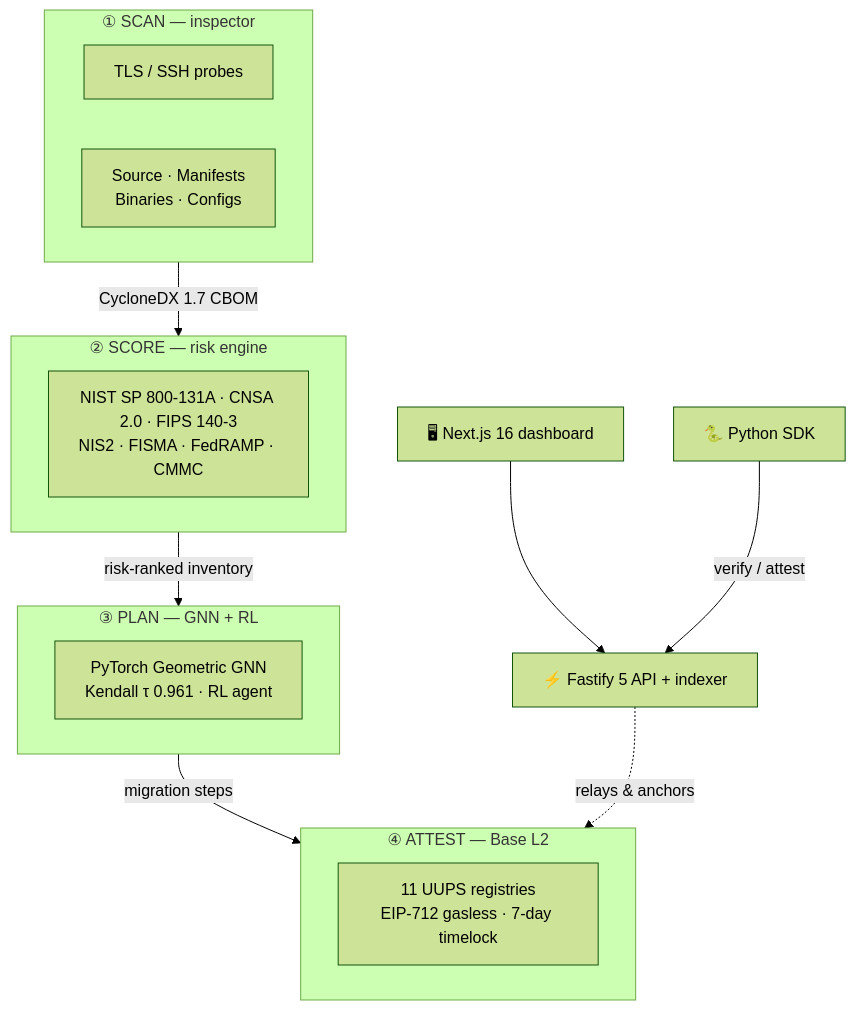
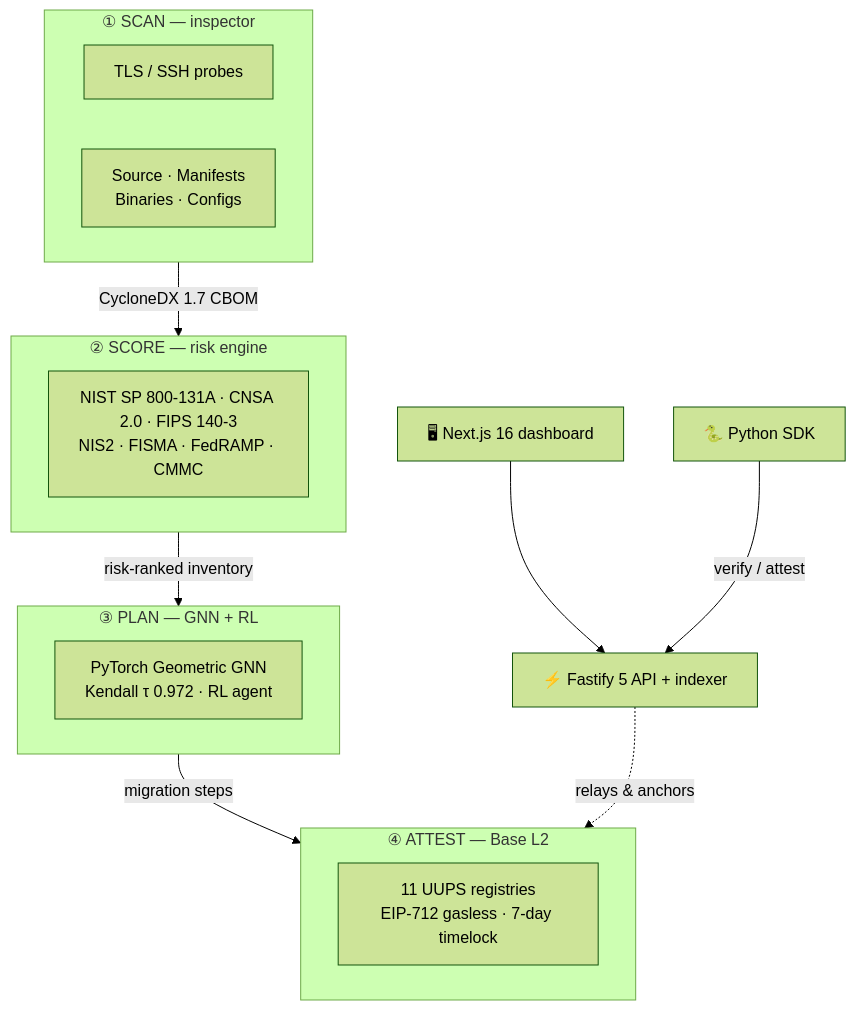
Before and after one commit to VigneshJai-Debug/q-trust: the first of 4 diagrams in README.md, drawn with Mermaid (forest theme). The commit also changed other lines of this file and 60 other files, not shown here.

````diff
--- a/README.md
+++ b/README.md
@@ -160,27 +160,27 @@
 ```mermaid
 flowchart TB
     subgraph SCAN["① SCAN — inspector"]
         direction LR
         tls["TLS / SSH probes"]
         src["Source · Manifests<br/>Binaries · Configs"]
     end
 
     subgraph SCORE["② SCORE — risk engine"]
         risk["NIST SP 800-131A · CNSA 2.0 · FIPS 140-3<br/>NIS2 · FISMA · FedRAMP · CMMC"]
     end
 
     subgraph PLAN["③ PLAN — GNN + RL"]
-        gnn["PyTorch Geometric GNN<br/>Kendall τ 0.961 · RL agent"]
+        gnn["PyTorch Geometric GNN<br/>Kendall τ 0.972 · RL agent"]
     end
 
     subgraph ATTEST["④ ATTEST — Base L2"]
         chain["11 UUPS registries<br/>EIP-712 gasless · 7-day timelock"]
     end
 
     SCAN -->|"CycloneDX 1.7 CBOM"| SCORE
     SCORE -->|"risk-ranked inventory"| PLAN
     PLAN -->|"migration steps"| ATTEST
     be["⚡ Fastify 5 API + indexer"] -.->|"relays & anchors"| ATTEST
     fe["🖥 Next.js 16 dashboard"] --> be
     sdk["🐍 Python SDK"] -->|"verify / attest"| be
 ```
````
